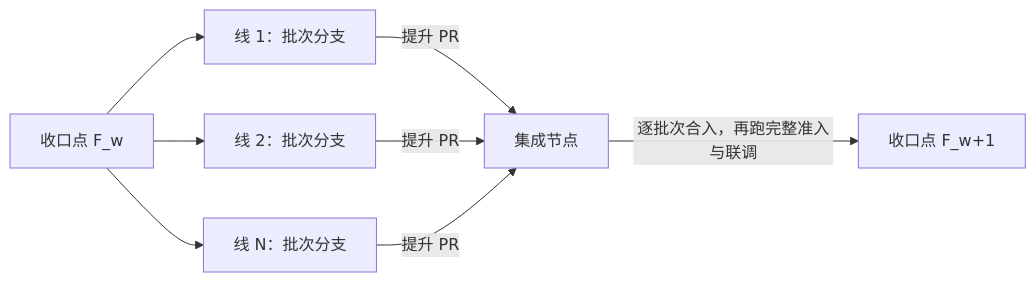
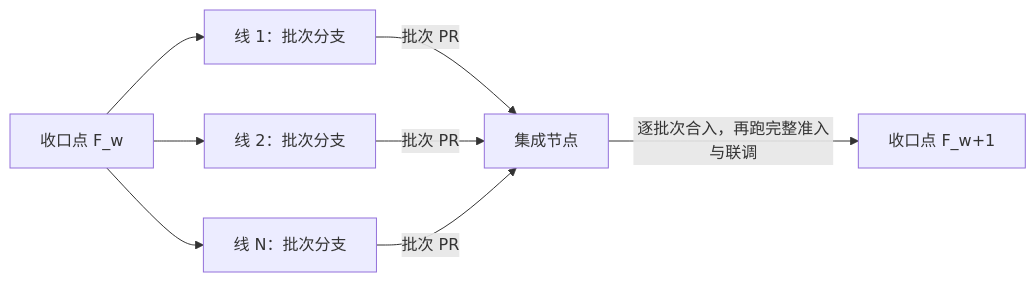
One commit to nemori-ai/omne-harness-lite changed the second of 3 diagrams in docs/engineering/integration.md. Above: the diagram before and after it, drawn with Mermaid. The commit also changed other lines of this file and 5 other files, not shown here.

````diff
--- a/docs/engineering/integration.md
+++ b/docs/engineering/integration.md
@@ -272,10 +269,10 @@
 ```mermaid
 flowchart LR
   F["收口点 F_w"] --> L1["线 1：批次分支"]
   F --> L2["线 2：批次分支"]
   F --> LN["线 N：批次分支"]
-  L1 -->|"提升 PR"| R["集成节点"]
-  L2 -->|"提升 PR"| R
-  LN -->|"提升 PR"| R
+  L1 -->|"批次 PR"| R["集成节点"]
+  L2 -->|"批次 PR"| R
+  LN -->|"批次 PR"| R
   R -->|"逐批次合入，再跑完整准入与联调"| G["收口点 F_w+1"]
 ```
````
